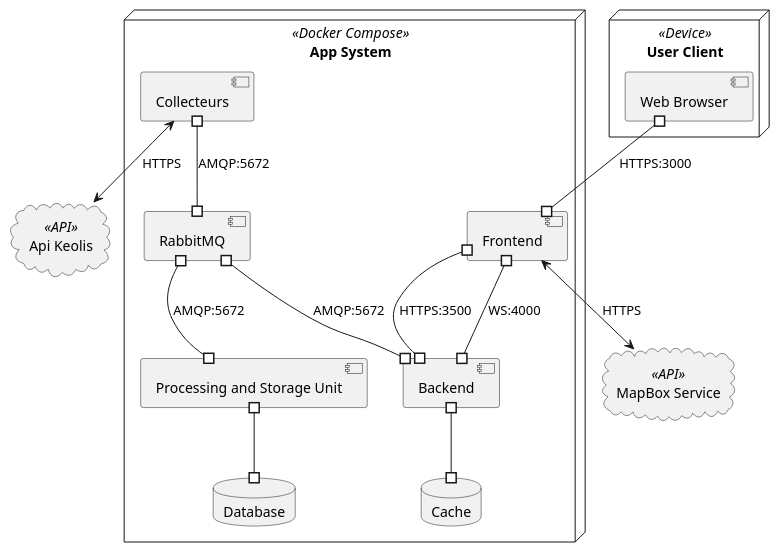
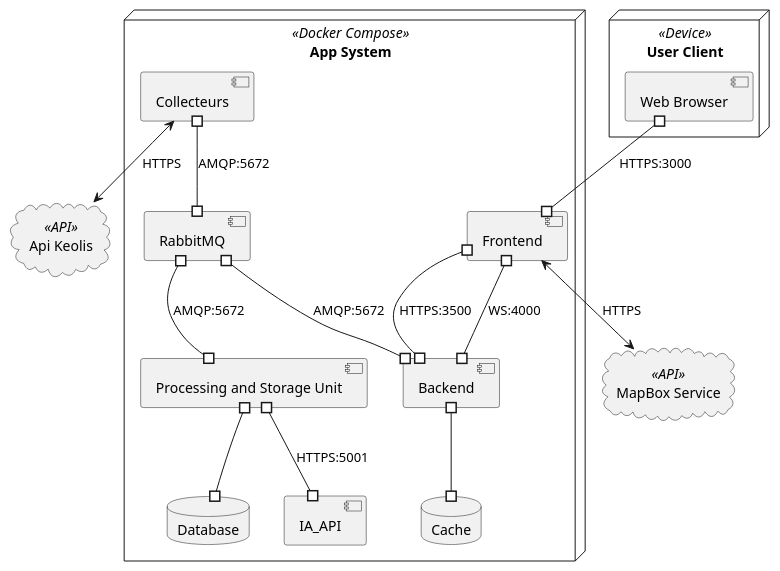
One commit to ESIR2-PROJET-KEOLIS/design changed the diagram in diagrams/global/deployment.puml. Above: the diagram before and after it, drawn with PlantUML. The commit also changed 2 other files, not shown here.

Commit message:
add some UML

```diff
--- a/diagrams/global/deployment.puml
+++ b/diagrams/global/deployment.puml
@@ -1,45 +1,48 @@
 @startuml
 'https://plantuml.com/deployment-diagram
 
 node "User Client" <<Device>> as UserClient {
  component "Web Browser" as Browser {
  }
 }
 
     node "App System" <<Docker Compose>> as Docker {
                  component Backend as NestJS {
                  }
                  database Cache {
                  }
 
                   component RabbitMQ {
                   }
                   component "Processing and Storage Unit" as proc{
 
                   }
                   database Database {
                   }
                 component Collecteurs {
                 }
                 component Frontend {
                 }
+                component IA_API {
+                }
     }
 
 cloud "Api Keolis" <<API>> as keo{
 }
 
 cloud "MapBox Service" <<API>> as map{
 
 }
 
 Browser #--# Frontend : HTTPS:3000
 Frontend #--# NestJS : HTTPS:3500
 Frontend #--# NestJS : WS:4000
 RabbitMQ #--# NestJS : AMQP:5672
 RabbitMQ #--# proc : AMQP:5672
 Collecteurs #--# RabbitMQ : AMQP:5672
 proc #--# Database
+proc #--# IA_API : HTTPS:5001
 NestJS #--# Cache
 Collecteurs <--> keo : HTTPS
 Frontend <--> map : HTTPS
 @enduml
```
